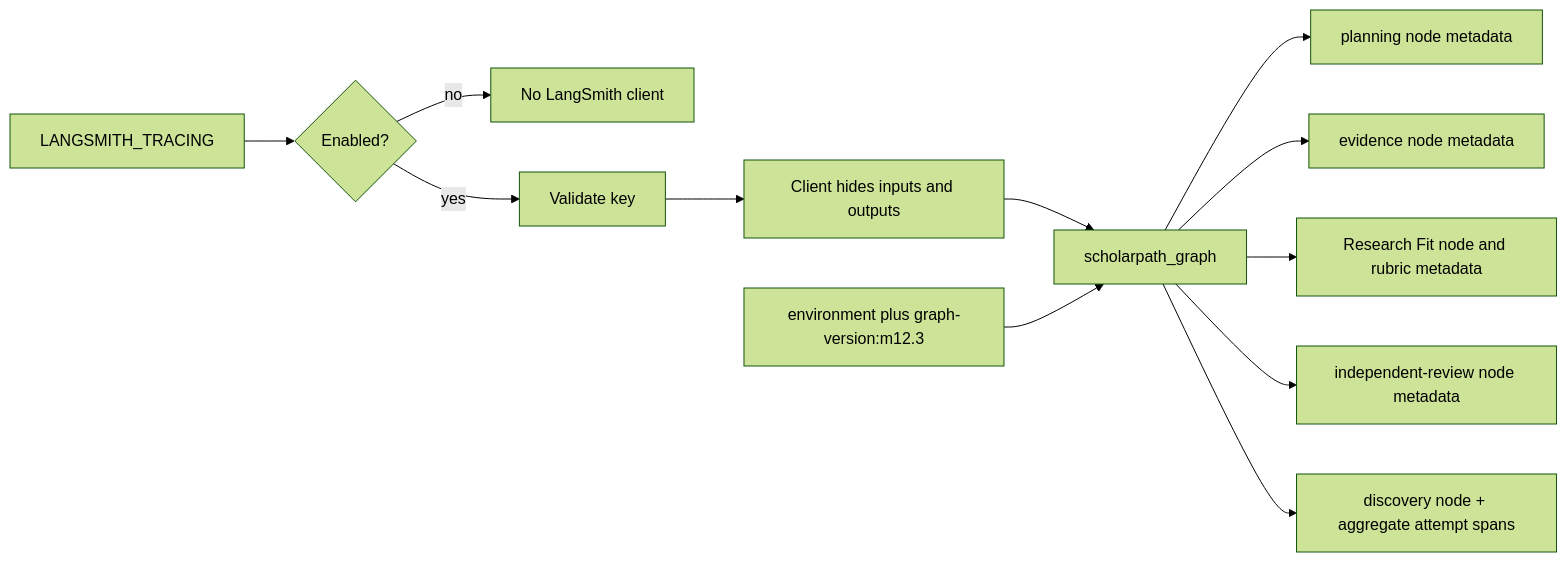
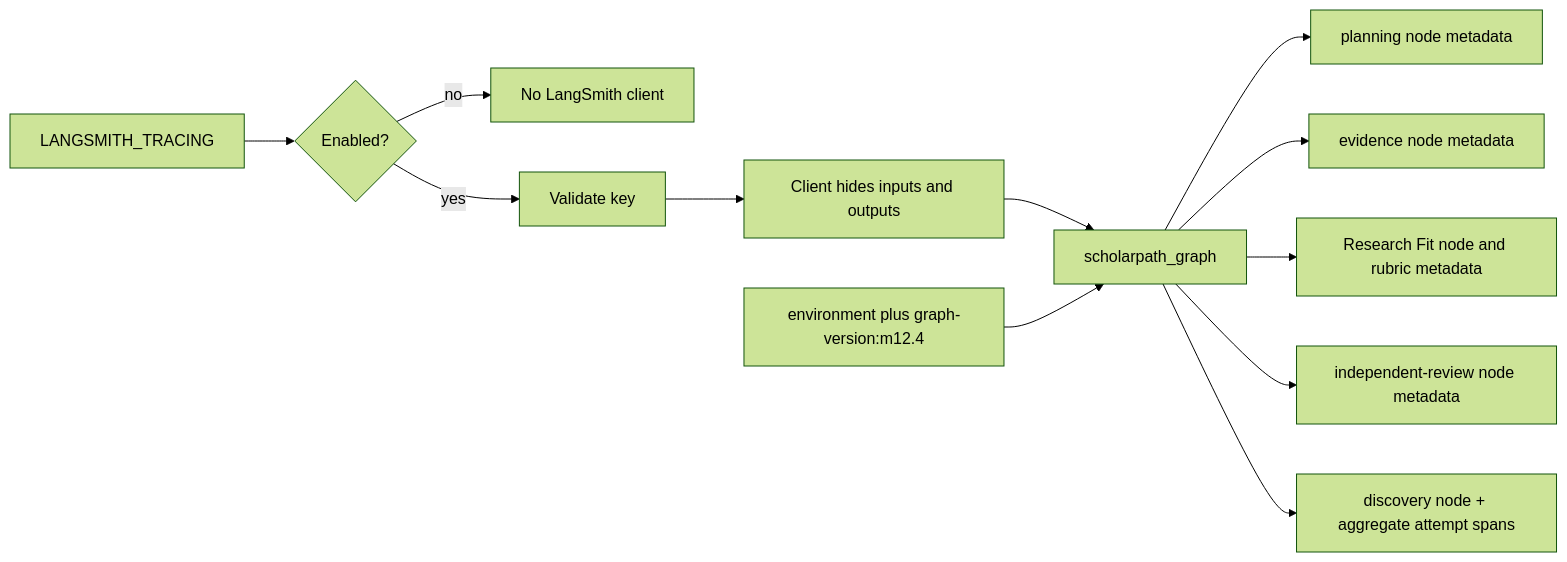
Diagram 21 of 24 in projects/scholar-path/docs/architecture.md (shanly-rajan/ai-builder), drawn with Mermaid (forest theme) before and after one commit. The commit also changed other lines of this file and 31 other files, not shown here.

````diff
--- a/projects/scholar-path/docs/architecture.md
+++ b/projects/scholar-path/docs/architecture.md
@@ -837,14 +839,14 @@
 ```mermaid
 flowchart LR
     Env[LANGSMITH_TRACING] --> Enabled{Enabled?}
     Enabled -->|no| Off[No LangSmith client]
     Enabled -->|yes| Key[Validate key]
     Key --> Client[Client hides inputs and outputs]
     Client --> Root[scholarpath_graph]
     Root --> PlanTrace[planning node metadata]
     Root --> EvidenceTrace[evidence node metadata]
     Root --> FitTrace[Research Fit node and rubric metadata]
     Root --> ReviewTrace[independent-review node metadata]
     Root --> Discovery[discovery node + aggregate attempt spans]
-    Tags[environment plus graph-version:m12.3] --> Root
+    Tags[environment plus graph-version:m12.4] --> Root
 ```
````
